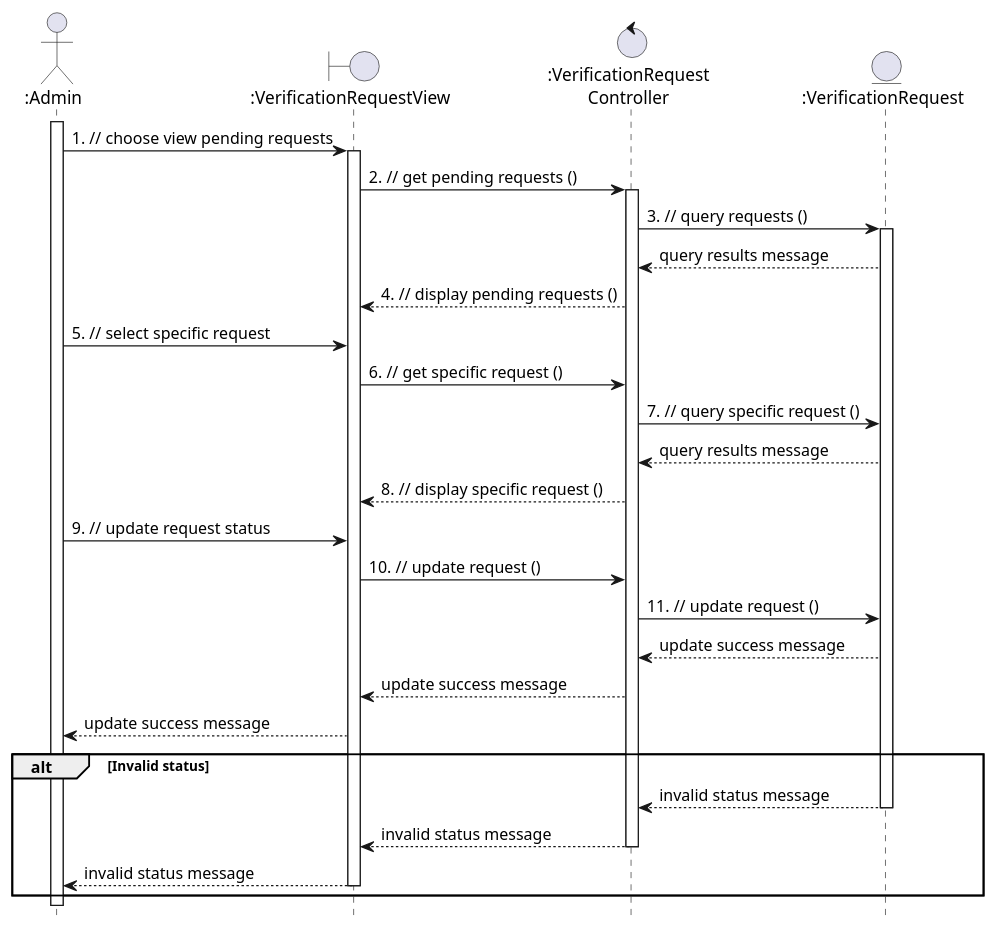
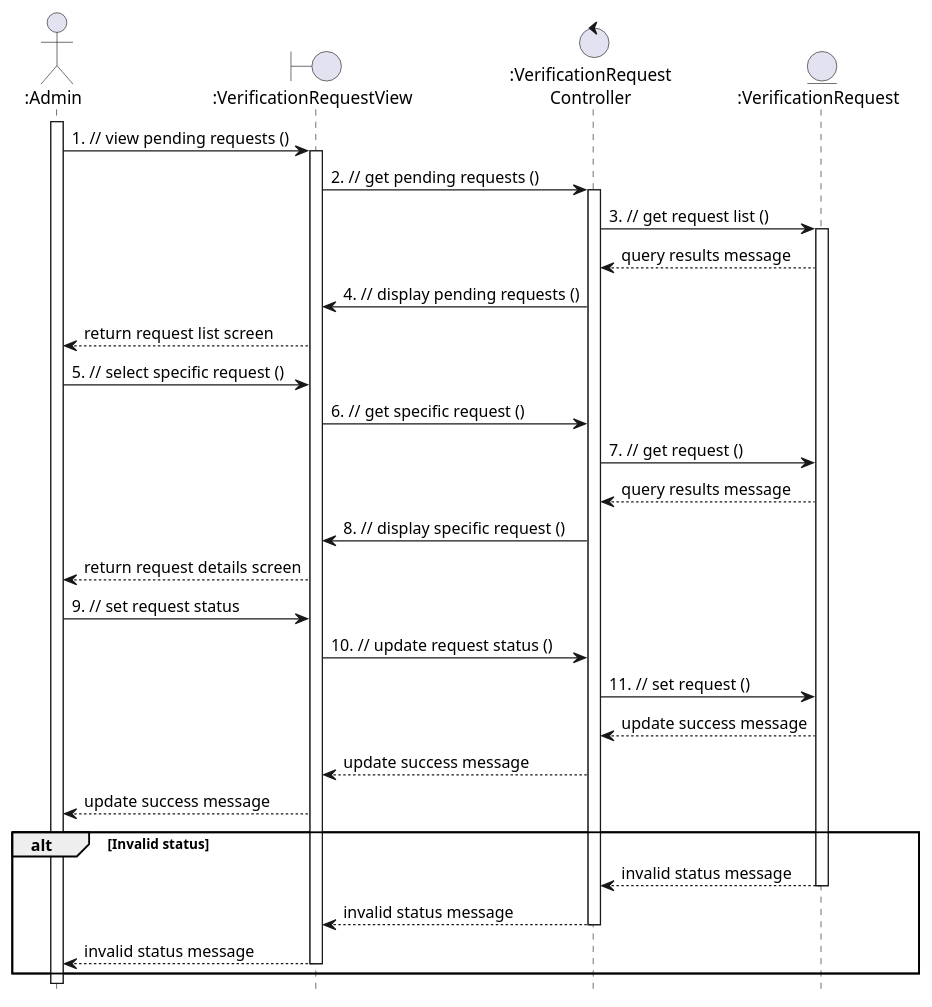
One commit to anhbanlinhle/velocity-exchange changed the diagram in uml/design/sequence/linh/approve_car_for_auction.pu. Above: the diagram before and after it, drawn with PlantUML. The commit also changed 5 other files, not shown here.

Commit message:
doc[lynn]: base design sequences from analysis

```diff
--- a/uml/design/sequence/linh/approve_car_for_auction.pu
+++ b/uml/design/sequence/linh/approve_car_for_auction.pu
@@ -1,43 +1,45 @@
 @startuml UC_19
 hide footbox
 
 
 actor ":Admin" as Admin
 boundary ":VerificationRequestView" as PendingRequestsView
 control ":VerificationRequest\nController" as VerificationRequestController
 entity ":VerificationRequest" as PendingRequests
 
 Admin ++
-  Admin -> PendingRequestsView: 1. // choose view pending requests
+  Admin -> PendingRequestsView: 1. // view pending requests ()
   PendingRequestsView ++
     PendingRequestsView -> VerificationRequestController: 2. // get pending requests ()
     VerificationRequestController ++
-      VerificationRequestController -> PendingRequests: 3. // query requests ()
+      VerificationRequestController -> PendingRequests: 3. // get request list ()
         PendingRequests ++
         PendingRequests --> VerificationRequestController: query results message
-      VerificationRequestController --> PendingRequestsView: 4. // display pending requests ()
+      VerificationRequestController -> PendingRequestsView: 4. // display pending requests ()
+      PendingRequestsView --> Admin: return request list screen
 
 
-  Admin -> PendingRequestsView: 5. // select specific request
+  Admin -> PendingRequestsView: 5. // select specific request ()
     PendingRequestsView -> VerificationRequestController: 6. // get specific request ()
-      VerificationRequestController -> PendingRequests: 7. // query specific request ()
+      VerificationRequestController -> PendingRequests: 7. // get request ()
         PendingRequests --> VerificationRequestController: query results message
-      VerificationRequestController --> PendingRequestsView: 8. // display specific request ()
+      VerificationRequestController -> PendingRequestsView: 8. // display specific request ()
+      PendingRequestsView --> Admin: return request details screen
 
-  Admin -> PendingRequestsView: 9. // update request status
-    PendingRequestsView -> VerificationRequestController: 10. // update request ()
-      VerificationRequestController -> PendingRequests: 11. // update request ()
+  Admin -> PendingRequestsView: 9. // set request status
+    PendingRequestsView -> VerificationRequestController: 10. // update request status ()
+      VerificationRequestController -> PendingRequests: 11. // set request ()
         PendingRequests --> VerificationRequestController: update success message
       VerificationRequestController --> PendingRequestsView: update success message
     PendingRequestsView --> Admin: update success message
 
 alt Invalid status
   PendingRequests --> VerificationRequestController: invalid status message
   PendingRequests --
     VerificationRequestController --> PendingRequestsView: invalid status message
     VerificationRequestController --
     PendingRequestsView --> Admin: invalid status message
     PendingRequestsView --
 end
 
 @enduml
```
